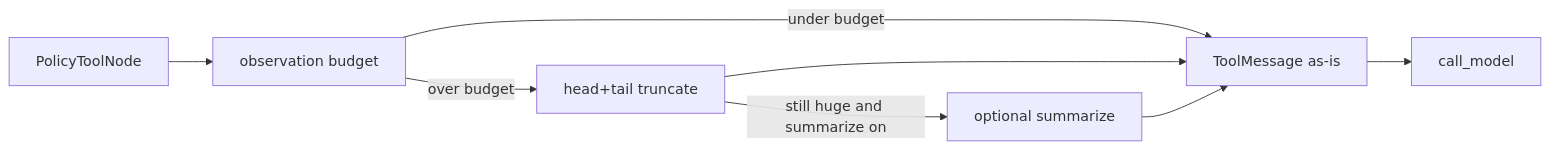
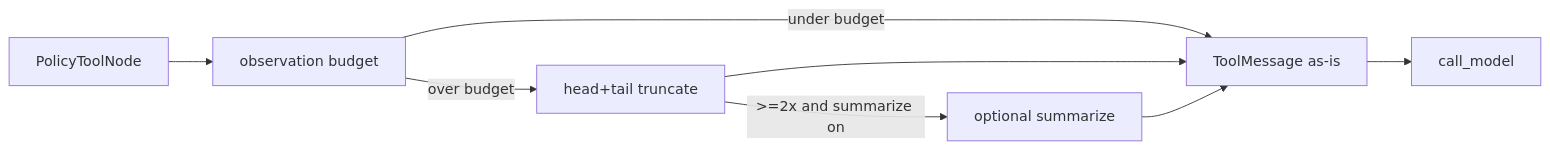
Before and after one commit to CharlotteYW/mini-claude-code: the diagram in docs/milestones/M39-tool-observation-budget.md, drawn with Mermaid. The commit also changed other lines of this file and 12 other files, not shown here.

````diff
--- a/docs/milestones/M39-tool-observation-budget.md
+++ b/docs/milestones/M39-tool-observation-budget.md
@@ -38,10 +34,10 @@
 ```mermaid
 flowchart LR
   Tools[PolicyToolNode] --> Obs[observation budget]
   Obs -->|under budget| State[ToolMessage as-is]
   Obs -->|over budget| Trim[head+tail truncate]
-  Trim -->|still huge and summarize on| Sum[optional summarize]
+  Trim -->|>=2x and summarize on| Sum[optional summarize]
   Trim --> State
   Sum --> State
   State --> Model[call_model]
 ```
````
